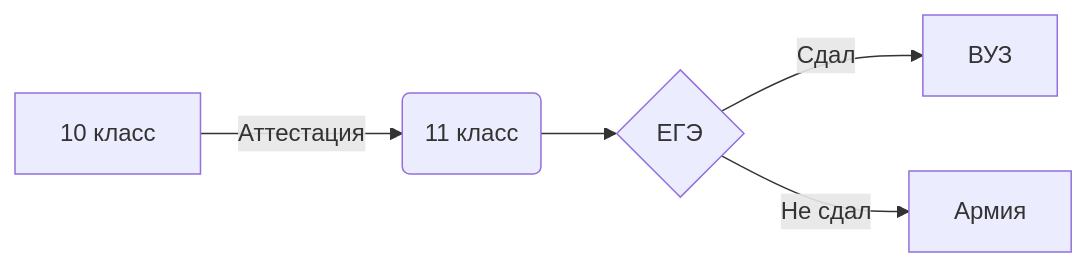
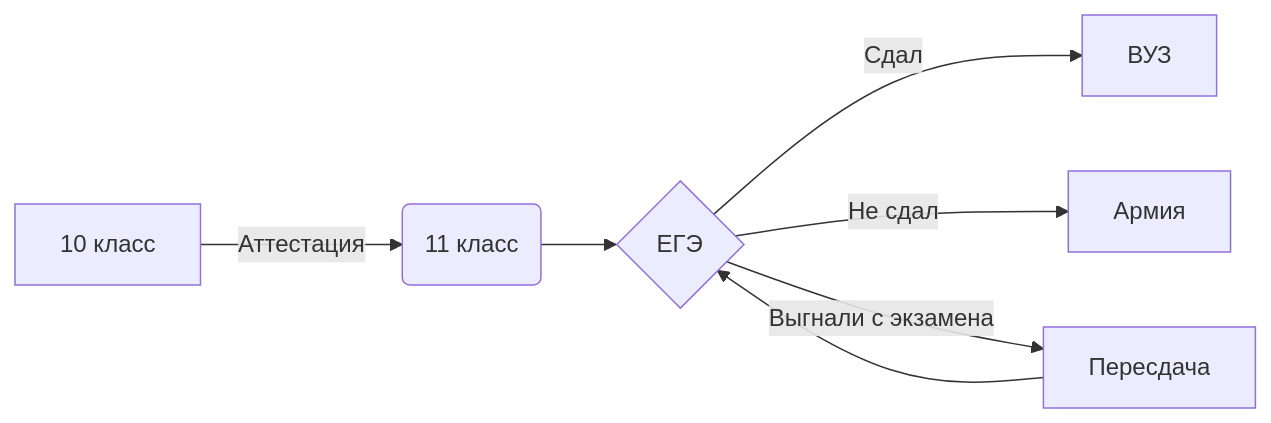
The diagram in README.md (Napv2900/Napv), drawn with Mermaid before and after one commit.

````diff
--- a/README.md
+++ b/README.md
@@ -42,7 +42,9 @@
 ```mermaid
 flowchart LR
 A[10 класс] -->|Аттестация| B(11 класс)
 B --> C{ЕГЭ}
 C -->|Сдал| D[ВУЗ]
 C -->|Не сдал| E[Армия]
+C-->|Выгнали с экзамена| F[Пересдача]
+F-->C
 ```
````
